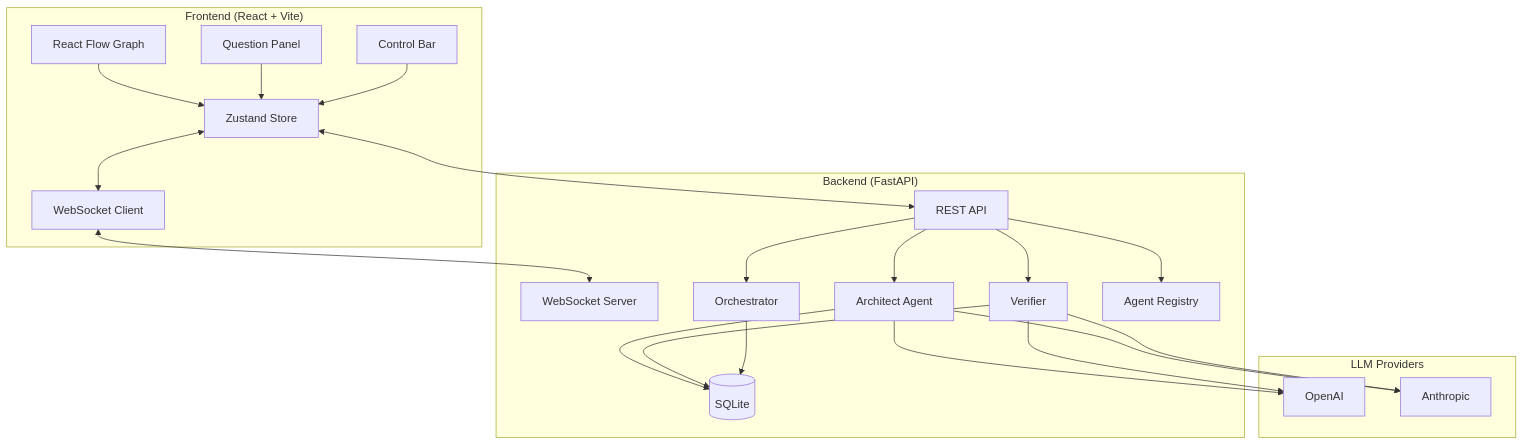
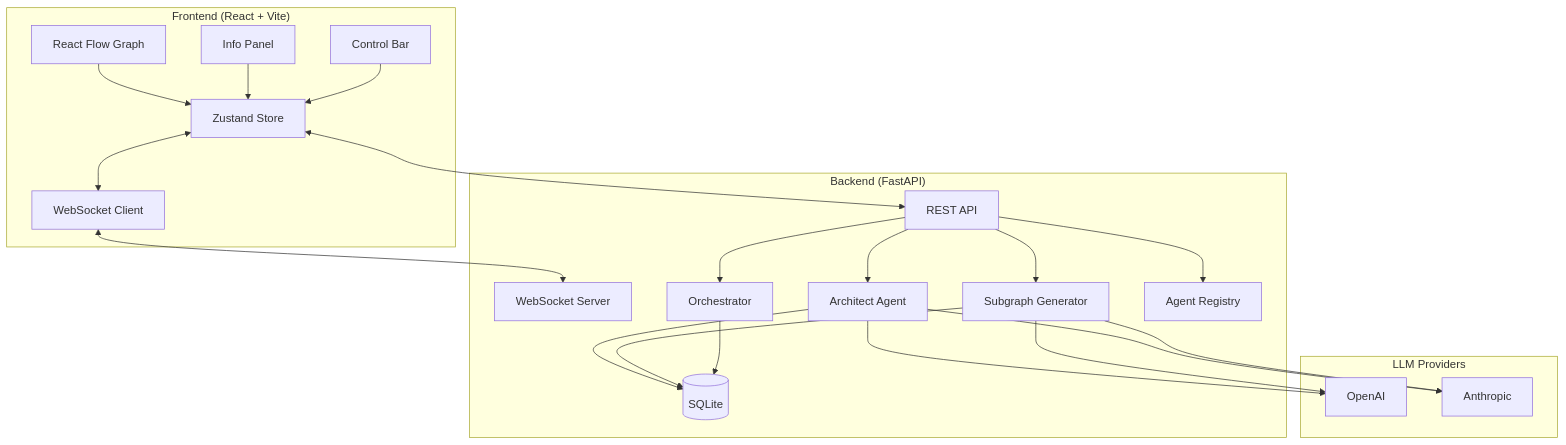
The first of 4 diagrams in docs/02-architecture.md (Ezimakyu/IterViz), drawn with Mermaid before and after one commit. The commit also changed other lines of this file and 16 other files, not shown here.

````diff
--- a/docs/02-architecture.md
+++ b/docs/02-architecture.md
@@ -9,46 +9,46 @@
 ```mermaid
 flowchart TB
     subgraph Frontend ["Frontend (React + Vite)"]
         UI["React Flow Graph"]
-        QP["Question Panel"]
+        IP["Info Panel"]
         CP["Control Bar"]
         WS["WebSocket Client"]
         Store["Zustand Store"]
     end
     
     subgraph Backend ["Backend (FastAPI)"]
         API["REST API"]
         WSS["WebSocket Server"]
         Arch["Architect Agent"]
-        Ver["Verifier"]
+        SG["Subgraph Generator"]
         Orch["Orchestrator"]
         Agents["Agent Registry"]
         DB[(SQLite)]
     end
     
     subgraph LLM ["LLM Providers"]
         OpenAI["OpenAI"]
         Anthropic["Anthropic"]
     end
     
     UI --> Store
-    QP --> Store
+    IP --> Store
     CP --> Store
     Store <--> API
     Store <--> WS
     WS <--> WSS
     
     API --> Arch
-    API --> Ver
+    API --> SG
     API --> Orch
     API --> Agents
     
     Arch --> DB
-    Ver --> DB
+    SG --> DB
     Orch --> DB
     
     Arch --> OpenAI
     Arch --> Anthropic
-    Ver --> OpenAI
-    Ver --> Anthropic
+    SG --> OpenAI
+    SG --> Anthropic
 ```
````
